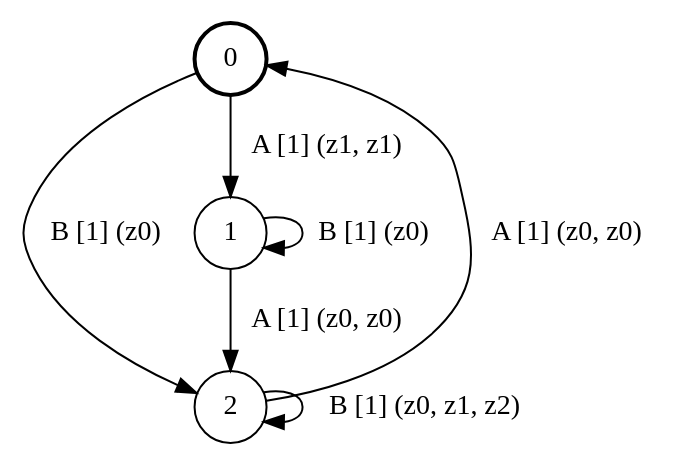
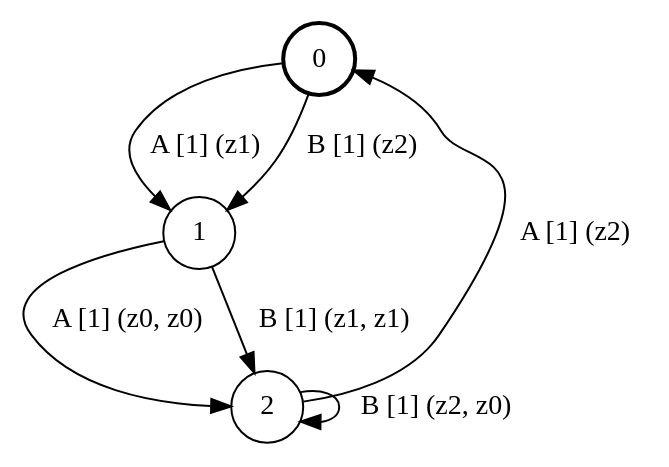
Before and after one commit to ulyantsev/EFSM-tools: the diagram in qbf/testing/fsm_3s2e3a.dot, drawn with Graphviz. The commit also changed 812 other files, not shown here.

```diff
--- a/qbf/testing/fsm_3s2e3a.dot
+++ b/qbf/testing/fsm_3s2e3a.dot
@@ -1,12 +1,12 @@
 # generated file, don't try to modify
 # command: dot -Tpng <filename> > tree.png
 digraph Automaton {
     node [shape = circle];
     0 [style = "bold"];
-    0 -> 2 [label = "B [1] (z0) "];
-    0 -> 1 [label = "A [1] (z1, z1) "];
-    1 -> 1 [label = "B [1] (z0) "];
+    0 -> 1 [label = "A [1] (z1) "];
+    0 -> 1 [label = "B [1] (z2) "];
     1 -> 2 [label = "A [1] (z0, z0) "];
-    2 -> 2 [label = "B [1] (z0, z1, z2) "];
-    2 -> 0 [label = "A [1] (z0, z0) "];
+    1 -> 2 [label = "B [1] (z1, z1) "];
+    2 -> 0 [label = "A [1] (z2) "];
+    2 -> 2 [label = "B [1] (z2, z0) "];
 }
```
